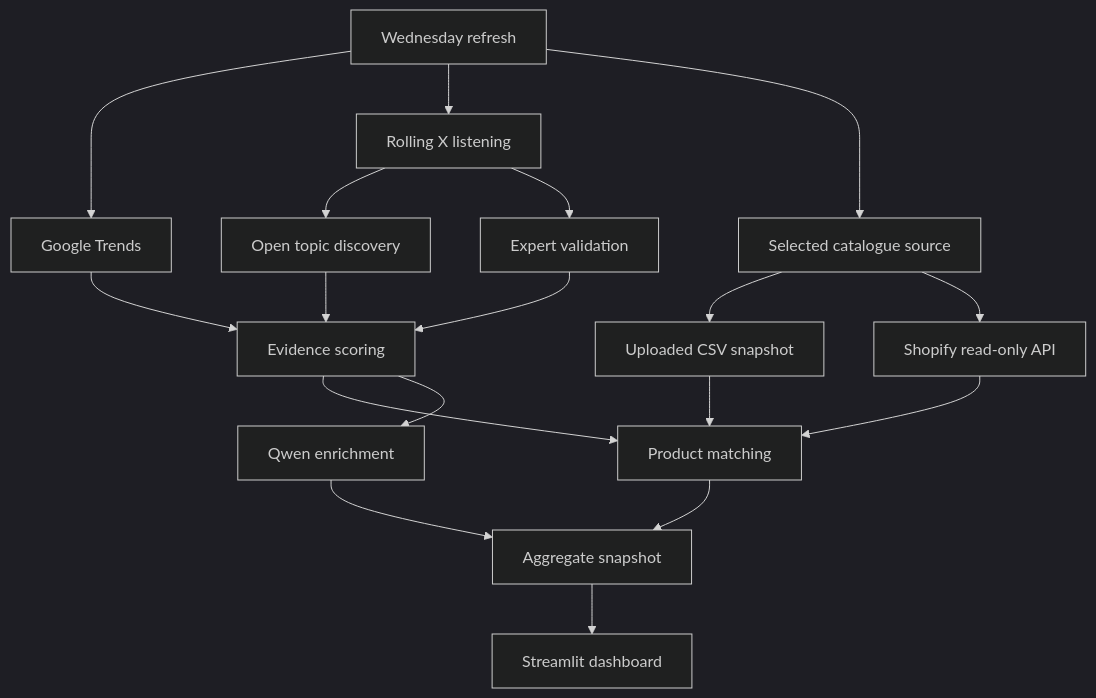
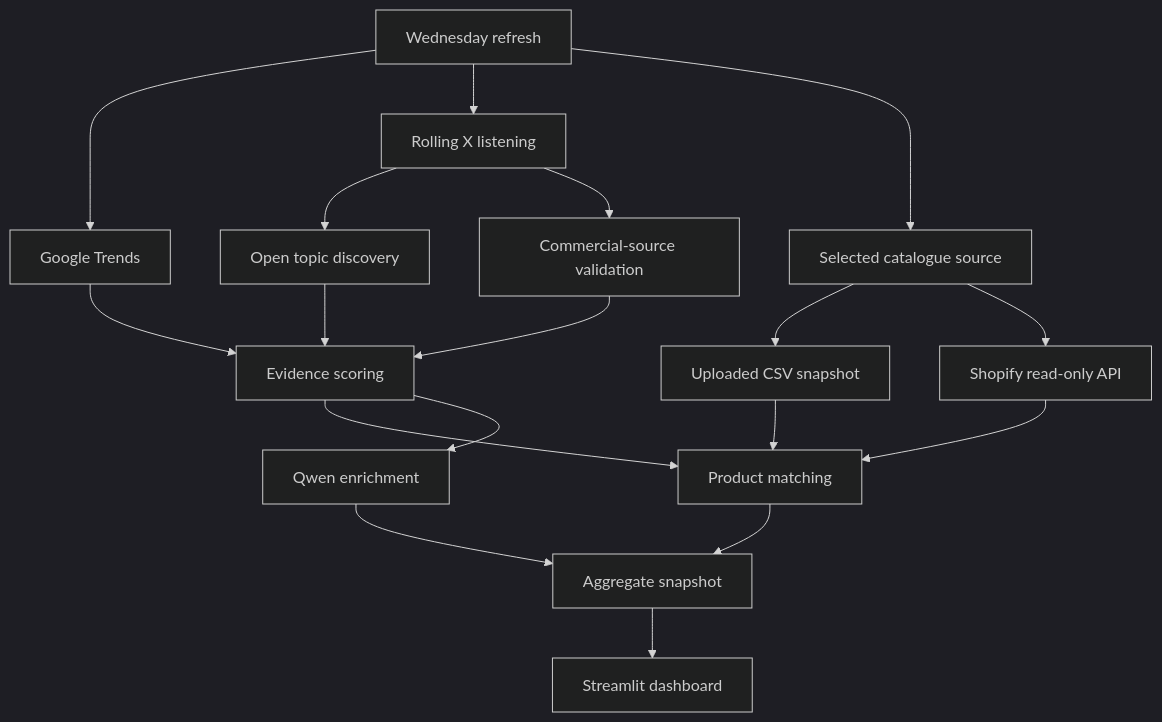
The diagram in README.md (studiumvdanskucc-dot/hula-marketing-operations), drawn with Mermaid (dark theme) before and after one commit. The commit also changed other lines of this file and 19 other files, not shown here.

````diff
--- a/README.md
+++ b/README.md
@@ -27,20 +28,20 @@
 ```mermaid
 flowchart TD
     A["Wednesday refresh"] --> B["Google Trends"]
     A --> C["Rolling X listening"]
     A --> D["Selected catalogue source"]
     D --> D1["Uploaded CSV snapshot"]
     D --> D2["Shopify read-only API"]
     C --> C1["Open topic discovery"]
-    C --> C2["Expert validation"]
+    C --> C2["Commercial-source validation"]
     B --> E["Evidence scoring"]
     C1 --> E
     C2 --> E
     E --> F["Product matching"]
     D1 --> F
     D2 --> F
     E --> G["Qwen enrichment"]
     F --> H["Aggregate snapshot"]
     G --> H
     H --> I["Streamlit dashboard"]
 ```
````
